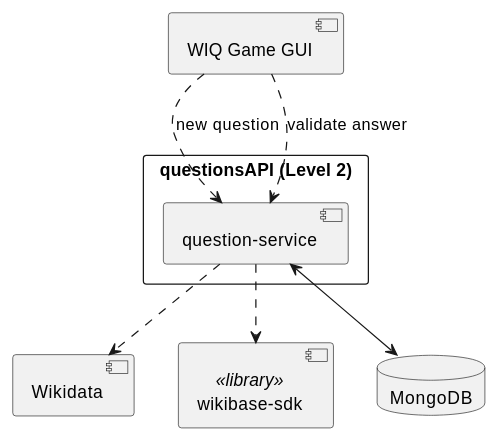
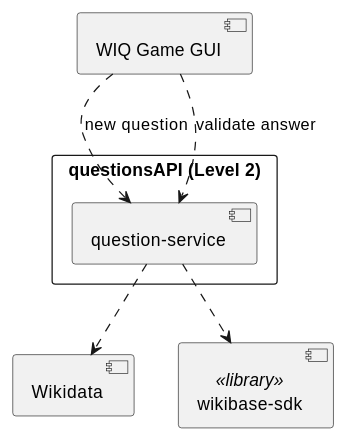
Before and after one commit to Arquisoft/wiq_en1a: the second of 2 diagrams in docs/src/05_building_block_view.adoc, drawn with PlantUML. The commit also changed other lines of this file, not shown here.

Commit message:
Removed mongodb from Question API white box as it does not use it

```diff
--- a/docs/src/05_building_block_view.adoc
+++ b/docs/src/05_building_block_view.adoc
@@ -166,15 +166,13 @@
-[plantuml,"questions API (WhiteBox)",png]
+[plantuml,"Questions API (WhiteBox)",png]
 ----
 [Wikidata]
 [wikibase-sdk] <<library>>
 [WIQ Game GUI]
-database MongoDB
 
 rectangle "questionsAPI (Level 2)"{
 [question-service] ..> [wikibase-sdk]
 [question-service] ..> [Wikidata]
-[question-service] <--> MongoDB
 [WIQ Game GUI] ..> [question-service] : new question
 [WIQ Game GUI] ..> [question-service] : validate answer
 }
 ----
```
